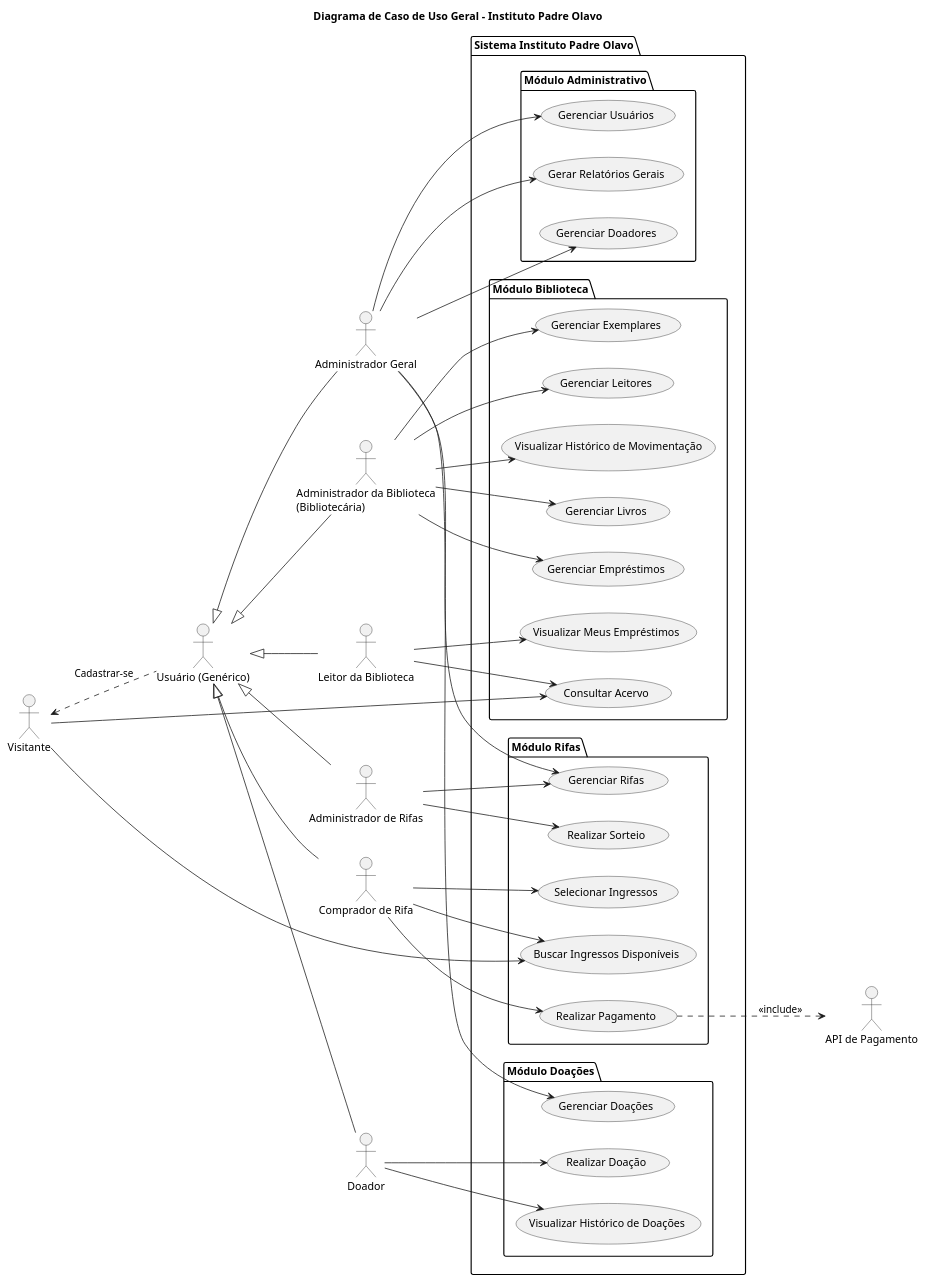
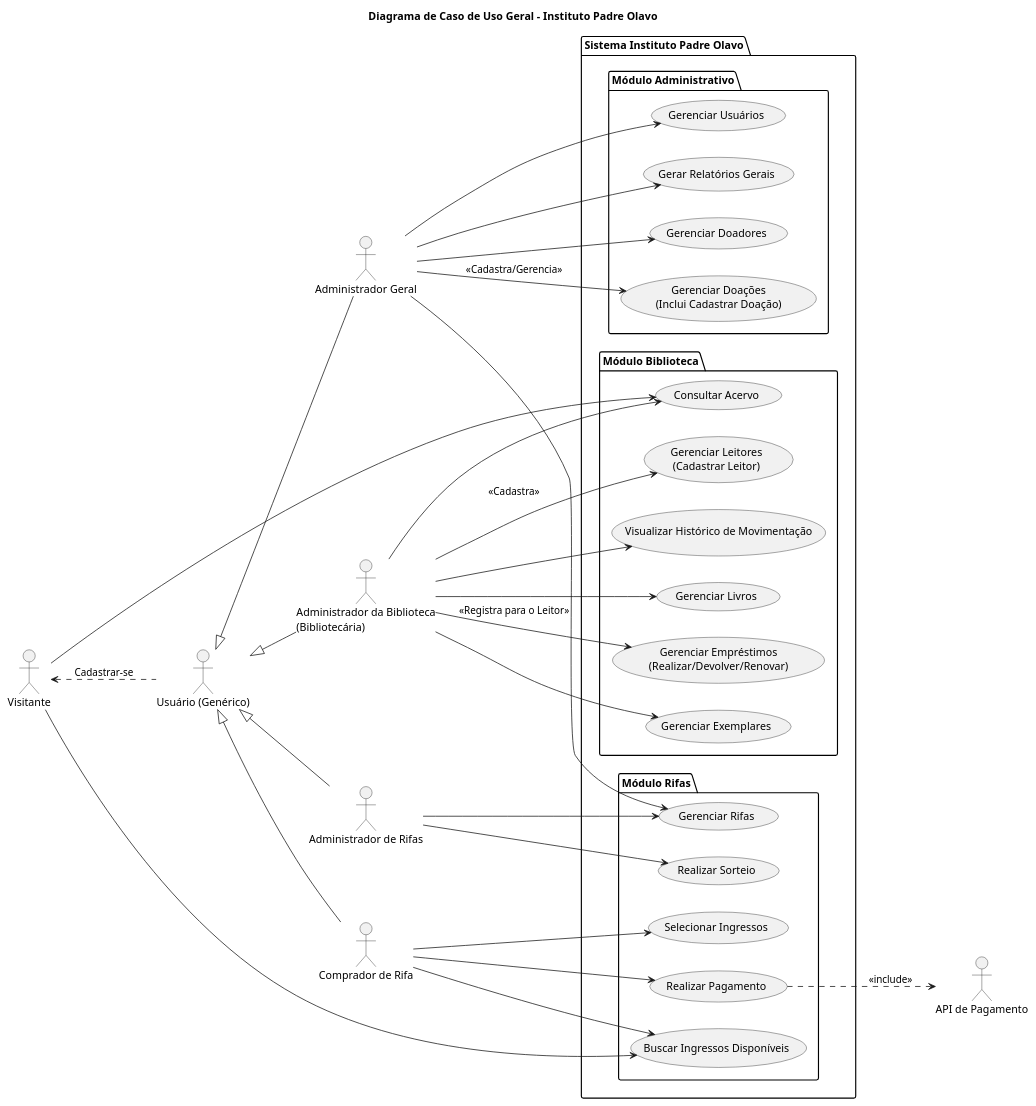
The diagram in diagramas/casos-de-uso/uc-geral.puml (bacelete/documentacao-projeto-ipo), drawn with PlantUML before and after one commit.

Commit message:
feat: ajustando diagrama

```diff
--- a/diagramas/casos-de-uso/uc-geral.puml
+++ b/diagramas/casos-de-uso/uc-geral.puml
@@ -1,120 +1,96 @@
 @startuml
 left to right direction
 title Diagrama de Caso de Uso Geral - Instituto Padre Olavo
 
-' --- Definição dos Atores baseada no Modelo de Dados (dados.puml) ---
-
+' --- Atores do Sistema ---
 actor "Usuário (Genérico)" as User
-actor "Visitante" as Visitante
-
-' Atores Administrativos
 actor "Administrador Geral" as Admin
 actor "Administrador da Biblioteca\n(Bibliotecária)" as BibliotecaAdmin
 actor "Administrador de Rifas" as RifaAdmin
+actor "Comprador de Rifa" as RifaComprador
+actor "Visitante" as Visitante
 
-' Atores de Negócio (Usuários Finais)
-actor "Leitor da Biblioteca" as BibliotecaLeitor
-actor "Comprador de Rifa" as RifaComprador
-actor "Doador" as Doador
-
-' Sistema Externo identificado nos componentes
+' --- Atores Externos (Sistemas) ---
 actor "API de Pagamento" as PagamentoAPI
 
-' --- Herança de Atores ---
-' Admins são tipos de usuários logáveis com permissões
+' --- Heranças ---
 User <|-- Admin
 User <|-- BibliotecaAdmin
 User <|-- RifaAdmin
+User <|-- RifaComprador
 
-' Usuários de negócio também são usuários do sistema
-User <|-- BibliotecaLeitor
-User <|-- RifaComprador
-User <|-- Doador
-
-' Visitante pode se tornar um Usuário
+' Visitante pode se cadastrar para virar um Comprador/Usuário
 Visitante <.. User : Cadastrar-se
 
 package "Sistema Instituto Padre Olavo" {
 
-    ' --- Módulo Administração Geral (Baseado em uc3.puml) ---
+    ' --- Módulo Administração Geral ---
     package "Módulo Administrativo" {
         usecase "Gerenciar Usuários" as UC_GerenciarUsers
         usecase "Gerar Relatórios Gerais" as UC_Relatorios
+        
+        ' Admin cadastra e gerencia doadores e doações
         usecase "Gerenciar Doadores" as UC_GerenciarDoadores
+        usecase "Gerenciar Doações\n(Inclui Cadastrar Doação)" as UC_GerenciarDoacoes
     }
 
-    ' --- Módulo Biblioteca (Baseado em uc1.puml e dados.puml) ---
+    ' --- Módulo Biblioteca ---
     package "Módulo Biblioteca" {
-        ' Casos de uso da Bibliotecária
+        ' Bibliotecária gerencia tudo, o leitor não interage diretamente
         usecase "Gerenciar Livros" as UC_GerenciarLivros
-        usecase "Gerenciar Empréstimos" as UC_GerenciarEmprestimos
+        usecase "Gerenciar Empréstimos\n(Realizar/Devolver/Renovar)" as UC_GerenciarEmprestimos
         usecase "Gerenciar Exemplares" as UC_GerenciarExemplares
-        usecase "Gerenciar Leitores" as UC_GerenciarLeitores
+        usecase "Gerenciar Leitores\n(Cadastrar Leitor)" as UC_GerenciarLeitores
         usecase "Visualizar Histórico de Movimentação" as UC_HistoricoMov
         
-        ' Casos de uso do Leitor (Inferidos do modelo de domínio)
+        ' Consulta pública (opcional para visitantes)
         usecase "Consultar Acervo" as UC_ConsultarAcervo
-        usecase "Visualizar Meus Empréstimos" as UC_MeusEmprestimos
     }
 
-    ' --- Módulo Rifas (Baseado em uc2.puml e dados.puml) ---
+    ' --- Módulo Rifas ---
     package "Módulo Rifas" {
-        ' Gestão
+        ' Admin de Rifas
         usecase "Gerenciar Rifas" as UC_GerenciarRifas
         usecase "Realizar Sorteio" as UC_SortearRifa
         
-        ' Compra
+        ' Comprador (Usuário final ativo)
         usecase "Buscar Ingressos Disponíveis" as UC_BuscarIngressos
         usecase "Selecionar Ingressos" as UC_SelecionarIngressos
         usecase "Realizar Pagamento" as UC_PagarRifa
     }
-
-    ' --- Módulo Doações (Baseado em uc3.puml e dados.puml) ---
-    package "Módulo Doações" {
-        usecase "Gerenciar Doações" as UC_GerenciarDoacoes
-        usecase "Realizar Doação" as UC_FazerDoacao
-        usecase "Visualizar Histórico de Doações" as UC_HistoricoDoacoes
-    }
 }
 
-' --- Relacionamentos Atores x Casos de Uso ---
+' --- Relacionamentos ---
 
 ' Visitante
 Visitante --> UC_ConsultarAcervo
 Visitante --> UC_BuscarIngressos
 
-' Administrador Geral (uc3)
+' Administrador Geral
 Admin --> UC_GerenciarUsers
 Admin --> UC_Relatorios
-Admin --> UC_GerenciarDoacoes
+Admin --> UC_GerenciarDoacoes : <<Cadastra/Gerencia>>
 Admin --> UC_GerenciarDoadores
 Admin --> UC_GerenciarRifas
 
-' Biblioteca Admin (Bibliotecária - uc1)
+' Bibliotecária
 BibliotecaAdmin --> UC_GerenciarLivros
-BibliotecaAdmin --> UC_GerenciarEmprestimos
+BibliotecaAdmin --> UC_GerenciarEmprestimos : <<Registra para o Leitor>>
 BibliotecaAdmin --> UC_GerenciarExemplares
-BibliotecaAdmin --> UC_GerenciarLeitores
+BibliotecaAdmin --> UC_GerenciarLeitores : <<Cadastra>>
 BibliotecaAdmin --> UC_HistoricoMov
+BibliotecaAdmin --> UC_ConsultarAcervo
 
-' Biblioteca Leitor
-BibliotecaLeitor --> UC_ConsultarAcervo
-BibliotecaLeitor --> UC_MeusEmprestimos
-
-' Rifa Admin (Especialização para gestão de rifas)
+' Administrador de Rifas
 RifaAdmin --> UC_GerenciarRifas
 RifaAdmin --> UC_SortearRifa
 
-' Rifa Comprador (uc2)
+' Comprador de Rifa
 RifaComprador --> UC_BuscarIngressos
 RifaComprador --> UC_SelecionarIngressos
 RifaComprador --> UC_PagarRifa
-
-' Doador
-Doador --> UC_FazerDoacao
-Doador --> UC_HistoricoDoacoes
 
 ' Integrações
 UC_PagarRifa ..> PagamentoAPI : <<include>>
 
 @enduml
```
